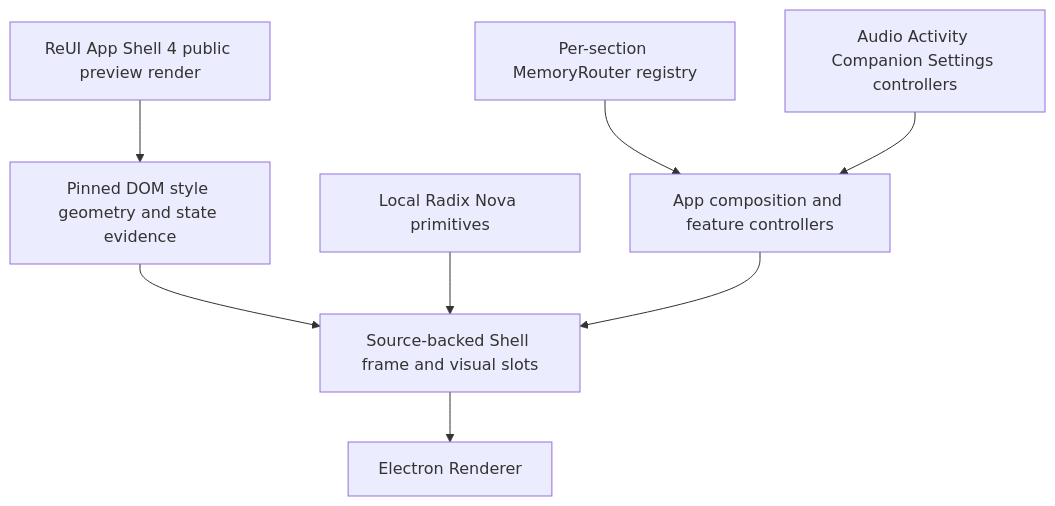
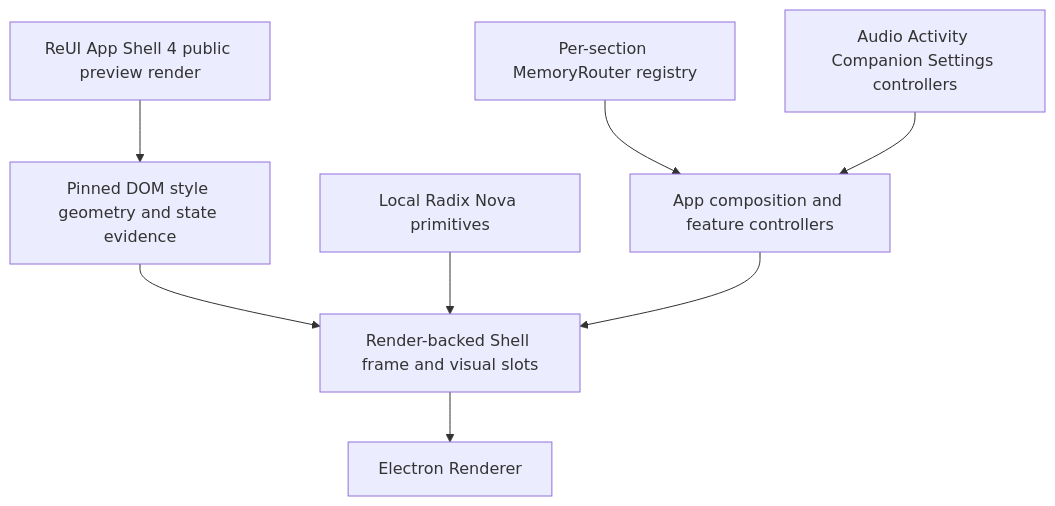
One commit to hashencode/voice-studio changed the first of 2 diagrams in docs/plans/2026-09-03-0906-refactor-electron-reui-source-fidelity-plan.md. Above: the diagram before and after it, drawn with Mermaid. The commit also changed other lines of this file and 7 other files, not shown here.

Commit message:
refactor(desktop): isolate render-backed shell frame

````diff
--- a/docs/plans/2026-09-03-0906-refactor-electron-reui-source-fidelity-plan.md
+++ b/docs/plans/2026-09-03-0906-refactor-electron-reui-source-fidelity-plan.md
@@ -156,10 +156,10 @@
 ```mermaid
 flowchart TB
   Preview[ReUI App Shell 4 public preview render] --> Provenance[Pinned DOM style geometry and state evidence]
-  Provenance --> Frame[Source-backed Shell frame and visual slots]
+  Provenance --> Frame[Render-backed Shell frame and visual slots]
   Radix[Local Radix Nova primitives] --> Frame
   Routers[Per-section MemoryRouter registry] --> App[App composition and feature controllers]
   Controllers[Audio Activity Companion Settings controllers] --> App
   App --> Frame
   Frame --> Renderer[Electron Renderer]
 ```
````
